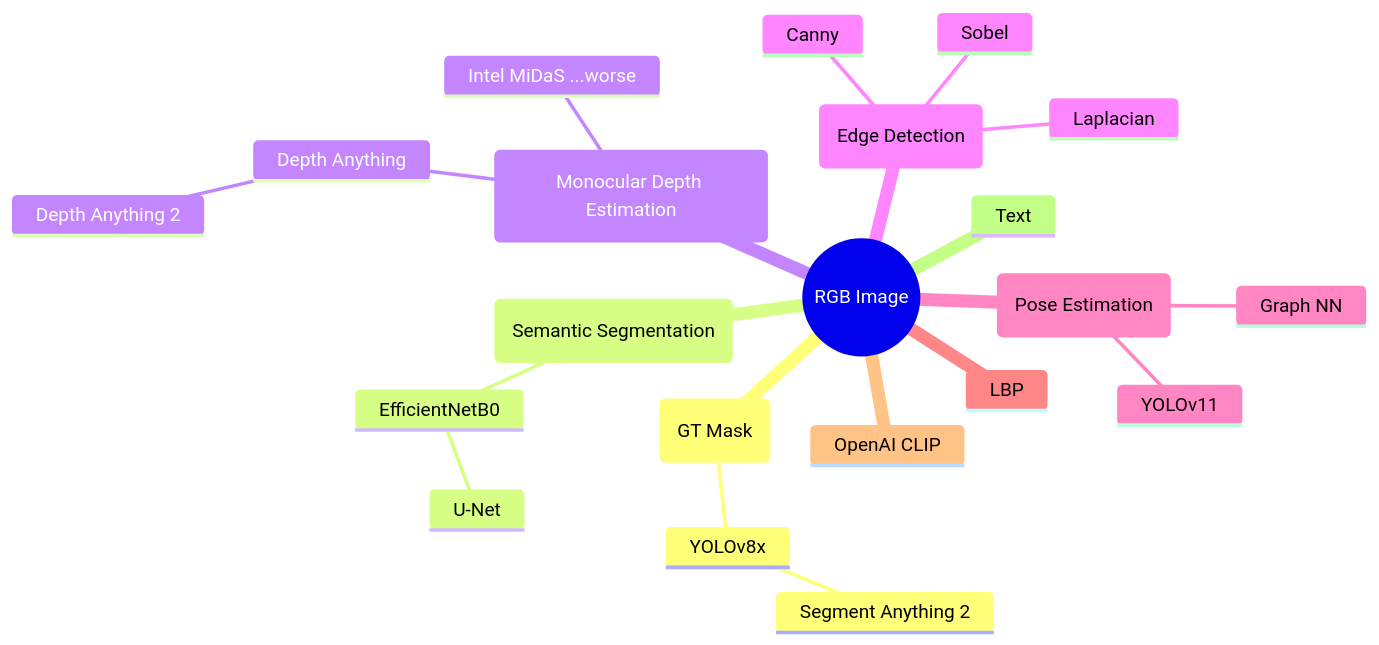
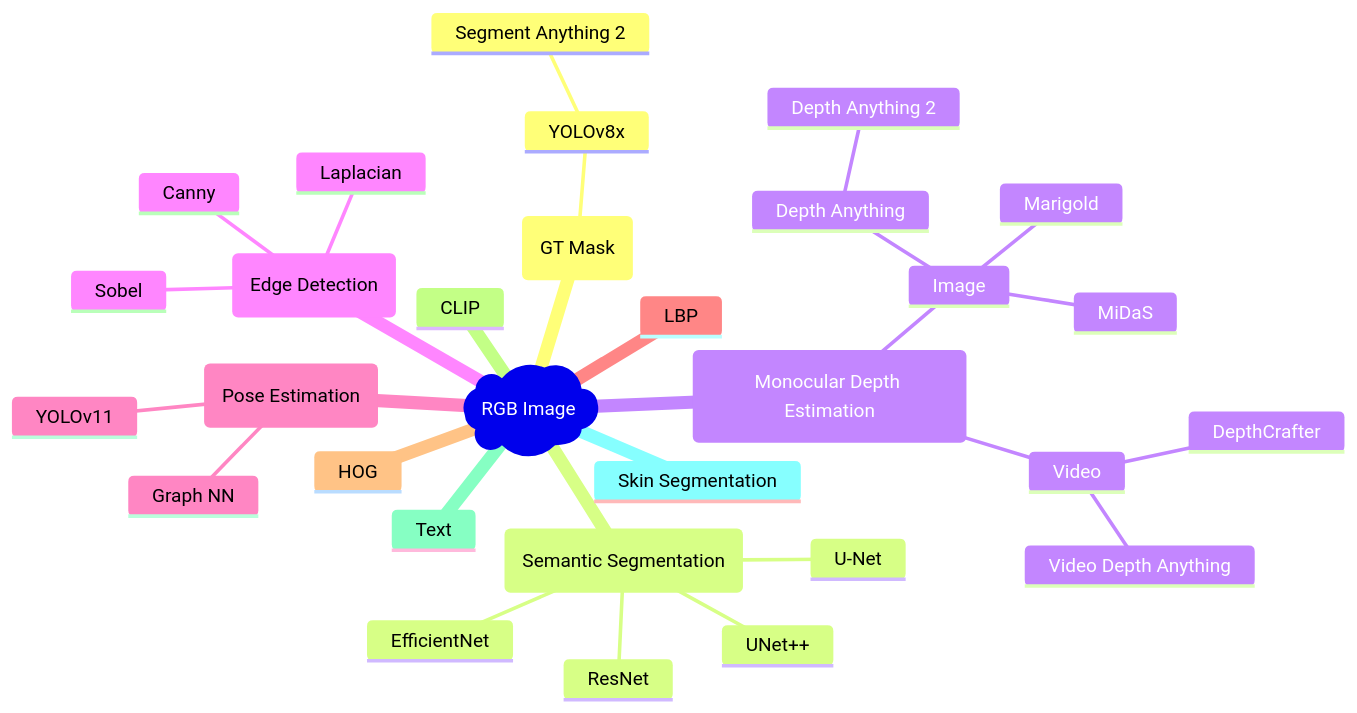
One commit to matejfric/in-vehicle-driver-state-analysis changed the diagram in README.md. Above: the diagram before and after it, drawn with Mermaid. The commit also changed other lines of this file, not shown here.

````diff
--- a/README.md
+++ b/README.md
@@ -17,24 +35,33 @@
 ```mermaid
 mindmap
-    root((RGB Image))
+    root)RGB Image)
         (GT Mask)
             YOLOv8x
                 Segment Anything 2
         (Semantic Segmentation)
-            EfficientNetB0
-                U-Net
+            EfficientNet
+            ResNet
+            U-Net
+            UNet++
         (Monocular Depth Estimation)
-            Depth Anything
-                Depth Anything 2
-            Intel MiDaS ...worse
+            Image
+                MiDaS
+                Marigold
+                Depth Anything
+                    Depth Anything 2
+            Video
+                Video Depth Anything
+                DepthCrafter
         (Edge Detection)
             Canny
             Sobel
             Laplacian
         (Pose Estimation)
             Graph NN
             YOLOv11
         LBP
-        OpenAI CLIP
+        HOG
+        CLIP
         Text
+        Skin Segmentation
 ```
````
